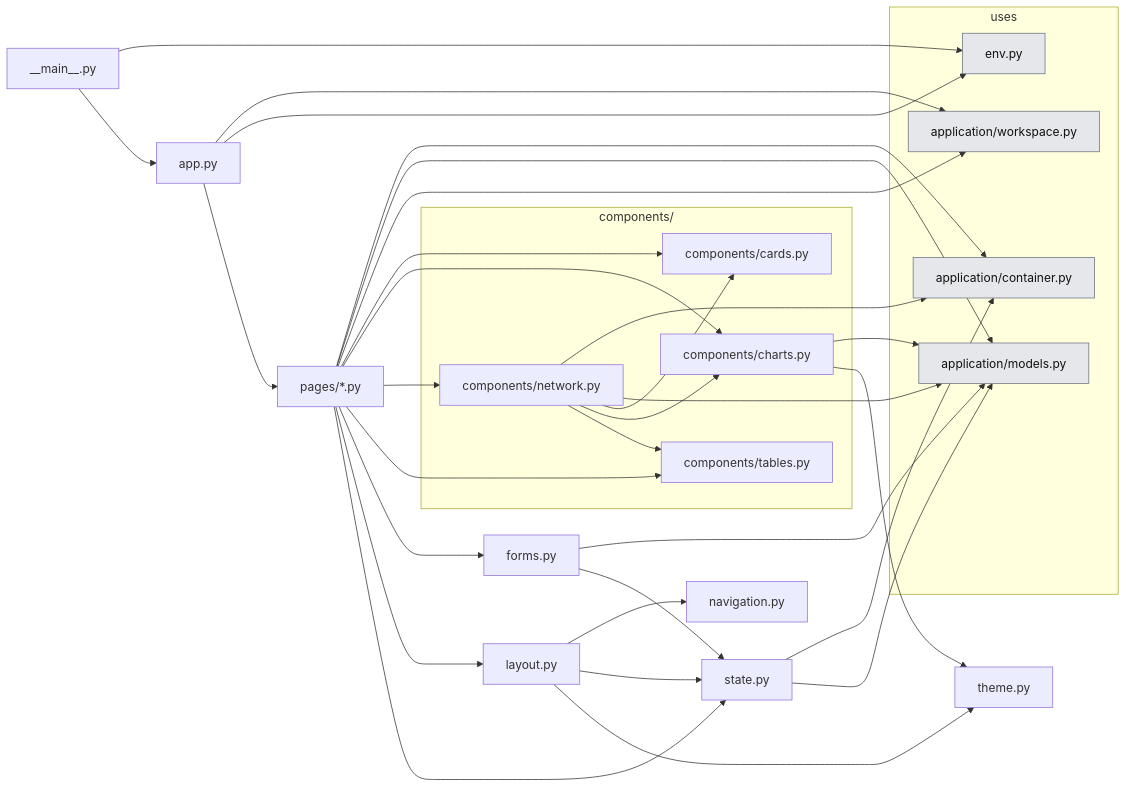
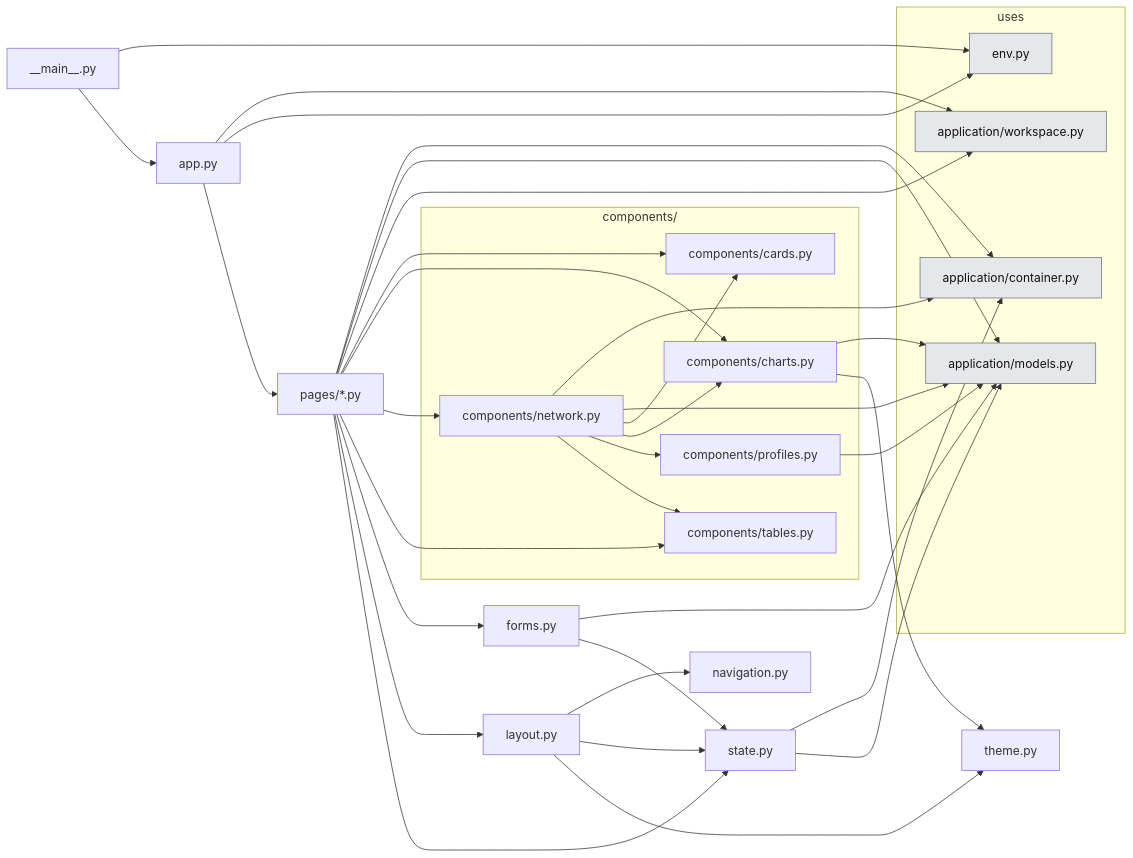
Before and after one commit to KevinRapo/P2P-thesis: the second of 3 diagrams in docs_thesis/thesis/architecture/05-presentation.md, drawn with Mermaid. The commit also changed other lines of this file and 9 other files, not shown here.

First line of the commit message:
feat(studio): overview of SimBench's profile classes on the Profiles tab

````diff
--- a/docs_thesis/thesis/architecture/05-presentation.md
+++ b/docs_thesis/thesis/architecture/05-presentation.md
@@ -50,53 +50,56 @@
 ```mermaid
 flowchart LR
   n_studio___main__["__main__.py"]
   n_studio_app["app.py"]
   n_studio_forms["forms.py"]
   n_studio_layout["layout.py"]
   n_studio_navigation["navigation.py"]
   n_studio_pages__["pages/*.py"]
   n_studio_state["state.py"]
   n_studio_theme["theme.py"]
   subgraph g_components["components/"]
     n_studio_components_cards["components/cards.py"]
     n_studio_components_charts["components/charts.py"]
     n_studio_components_network["components/network.py"]
+    n_studio_components_profiles["components/profiles.py"]
     n_studio_components_tables["components/tables.py"]
   end
   subgraph USES["uses"]
     n_application_container["application/container.py"]:::ext
     n_application_models["application/models.py"]:::ext
     n_application_workspace["application/workspace.py"]:::ext
     n_env["env.py"]:::ext
   end
   n_studio___main__ --> n_env
   n_studio___main__ --> n_studio_app
   n_studio_app --> n_application_workspace
   n_studio_app --> n_env
   n_studio_app --> n_studio_pages__
   n_studio_components_charts --> n_application_models
   n_studio_components_charts --> n_studio_theme
   n_studio_components_network --> n_application_container
   n_studio_components_network --> n_application_models
   n_studio_components_network --> n_studio_components_cards
   n_studio_components_network --> n_studio_components_charts
+  n_studio_components_network --> n_studio_components_profiles
   n_studio_components_network --> n_studio_components_tables
+  n_studio_components_profiles --> n_application_models
   n_studio_forms --> n_application_models
   n_studio_forms --> n_studio_state
   n_studio_layout --> n_studio_navigation
   n_studio_layout --> n_studio_state
   n_studio_layout --> n_studio_theme
   n_studio_pages__ --> n_application_container
   n_studio_pages__ --> n_application_models
   n_studio_pages__ --> n_application_workspace
   n_studio_pages__ --> n_studio_components_cards
   n_studio_pages__ --> n_studio_components_charts
   n_studio_pages__ --> n_studio_components_network
   n_studio_pages__ --> n_studio_components_tables
   n_studio_pages__ --> n_studio_forms
   n_studio_pages__ --> n_studio_layout
   n_studio_pages__ --> n_studio_state
   n_studio_state --> n_application_container
   n_studio_state --> n_application_models
   classDef ext fill:#e5e7eb,stroke:#6b7280,color:#111
 ```
````
